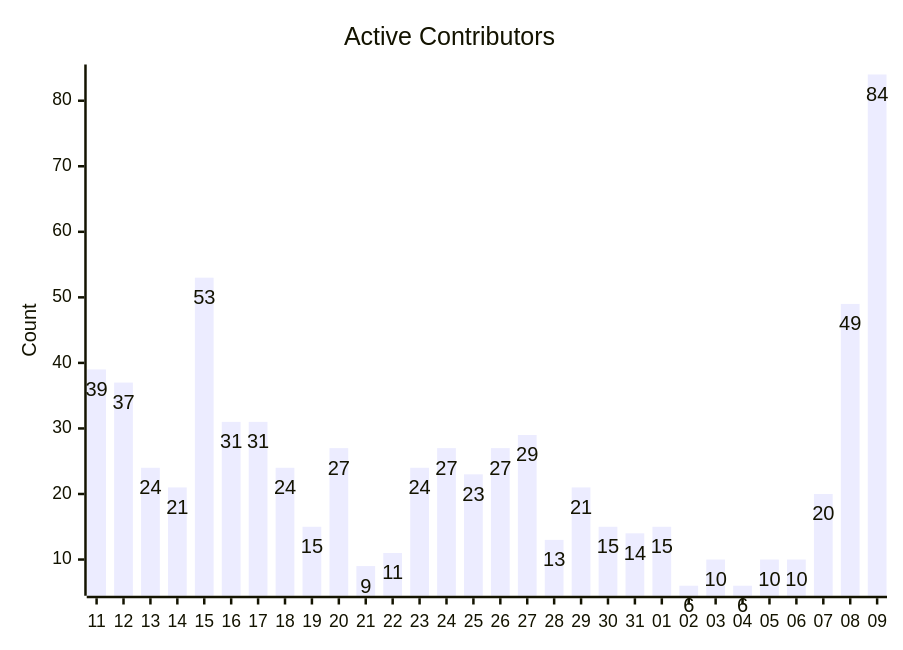
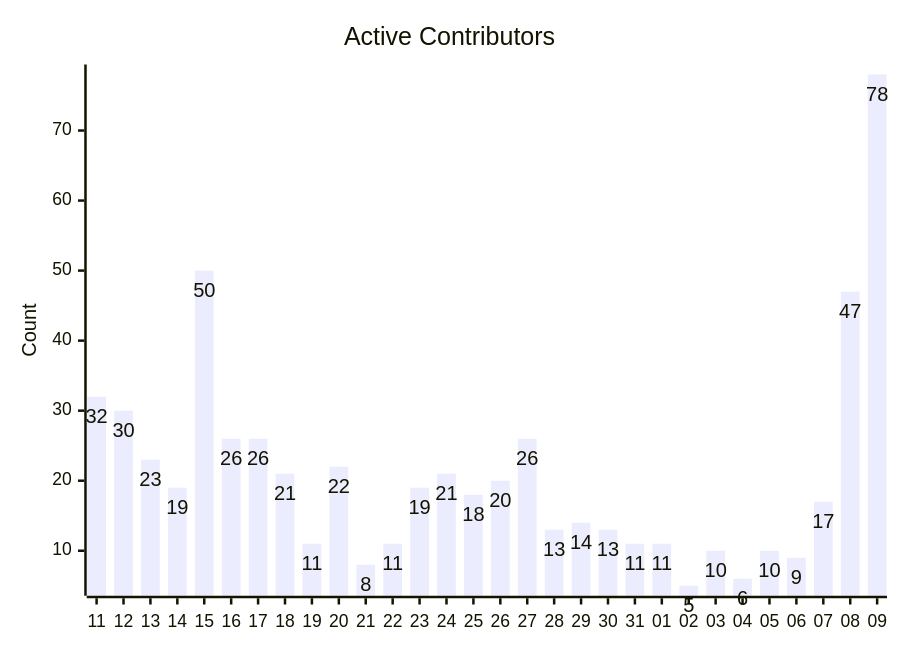
One commit to cocosheng-g/gemini-cli changed the fifth of 7 diagrams in triage/CONTRIBUTION_METRICS.md. Above: the diagram before and after it, drawn with Mermaid. The commit also changed other lines of this file, not shown here.

````diff
--- a/triage/CONTRIBUTION_METRICS.md
+++ b/triage/CONTRIBUTION_METRICS.md
@@ -92,12 +92,12 @@
 ```mermaid
 ---
 config:
   xyChart:
     showDataLabel: true
 ---
 xychart-beta
     title "Active Contributors"
     x-axis ["11", "12​", "13​​", "14​​​", "15​​​​", "16​​​​​", "17​​​​​​", "18​​​​​​​", "19​​​​​​​​", "20​​​​​​​​​", "21​​​​​​​​​​", "22​​​​​​​​​​​", "23​​​​​​​​​​​​", "24​​​​​​​​​​​​​", "25​​​​​​​​​​​​​​", "26​​​​​​​​​​​​​​​", "27​​​​​​​​​​​​​​​​", "28​​​​​​​​​​​​​​​​​", "29​​​​​​​​​​​​​​​​​​", "30​​​​​​​​​​​​​​​​​​​", "31​​​​​​​​​​​​​​​​​​​​", "01​​​​​​​​​​​​​​​​​​​​​", "02​​​​​​​​​​​​​​​​​​​​​​", "03​​​​​​​​​​​​​​​​​​​​​​​", "04​​​​​​​​​​​​​​​​​​​​​​​​", "05​​​​​​​​​​​​​​​​​​​​​​​​​", "06​​​​​​​​​​​​​​​​​​​​​​​​​​", "07​​​​​​​​​​​​​​​​​​​​​​​​​​​", "08​​​​​​​​​​​​​​​​​​​​​​​​​​​​", "09​​​​​​​​​​​​​​​​​​​​​​​​​​​​​"]
     y-axis "Count"
-    bar [39, 37, 24, 21, 53, 31, 31, 24, 15, 27, 9, 11, 24, 27, 23, 27, 29, 13, 21, 15, 14, 15, 6, 10, 6, 10, 10, 20, 49, 84]
+    bar [32, 30, 23, 19, 50, 26, 26, 21, 11, 22, 8, 11, 19, 21, 18, 20, 26, 13, 14, 13, 11, 11, 5, 10, 6, 10, 9, 17, 47, 78]
 ```
````
